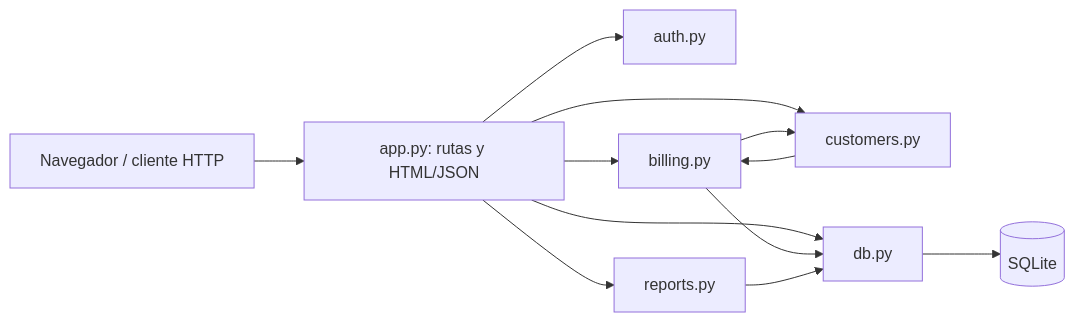
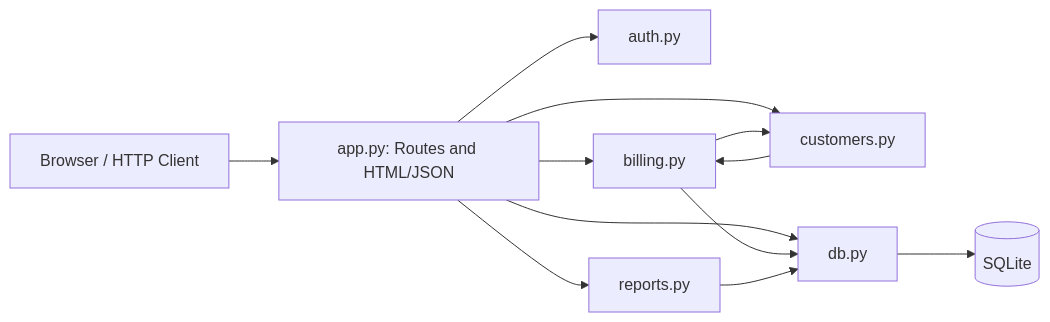
Before and after one commit to JeanCarlos14301/FacturaYa: the first of 2 diagrams in docs/architecture.md, drawn with Mermaid. The commit also changed other lines of this file and 11 other files, not shown here.

````diff
--- a/docs/architecture.md
+++ b/docs/architecture.md
@@ -3,14 +3,14 @@
 ```mermaid
 flowchart LR
-  browser[Navegador / cliente HTTP] --> app[app.py: rutas y HTML/JSON]
+  browser[Browser / HTTP Client] --> app[app.py: Routes and HTML/JSON]
   app --> auth[auth.py]
   app --> billing[billing.py]
   app --> customers[customers.py]
   app --> reports[reports.py]
   app --> db[db.py]
   billing --> customers
   customers --> billing
   billing --> db
   reports --> db
   db --> sqlite[(SQLite)]
 ```
````
